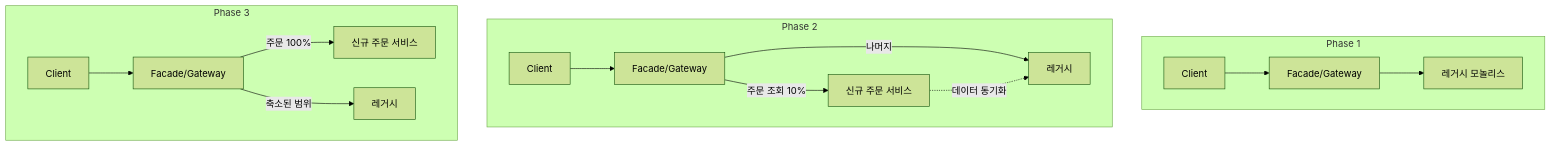
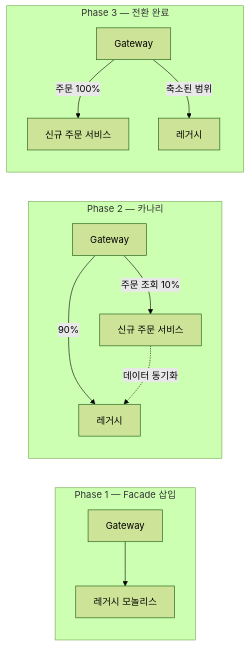
The fifth of 5 diagrams in MSA/17-modular-monolith-to-msa.md (ktae23/TIL), drawn with Mermaid (forest theme) before and after one commit. The commit also changed other lines of this file and 13 other files, not shown here.

````diff
--- a/MSA/17-modular-monolith-to-msa.md
+++ b/MSA/17-modular-monolith-to-msa.md
@@ -295,18 +256,15 @@
 ```mermaid
-flowchart TB
-    subgraph P1["Phase 1"]
-        C1[Client] --> F1[Facade/Gateway]
-        F1 --> L1[레거시 모놀리스]
+flowchart LR
+    subgraph P1["Phase 1 — Facade 삽입"]
+        F1[Gateway] --> L1[레거시 모놀리스]
     end
-    subgraph P2["Phase 2"]
-        C2[Client] --> F2[Facade/Gateway]
-        F2 -->|"주문 조회 10%"| N2[신규 주문 서비스]
-        F2 -->|"나머지"| L2[레거시]
+    subgraph P2["Phase 2 — 카나리"]
+        F2[Gateway] -->|"주문 조회 10%"| N2[신규 주문 서비스]
+        F2 -->|"90%"| L2[레거시]
         N2 -.->|"데이터 동기화"| L2
     end
-    subgraph P3["Phase 3"]
-        C3[Client] --> F3[Facade/Gateway]
-        F3 -->|"주문 100%"| N3[신규 주문 서비스]
+    subgraph P3["Phase 3 — 전환 완료"]
+        F3[Gateway] -->|"주문 100%"| N3[신규 주문 서비스]
         F3 -->|"축소된 범위"| L3[레거시]
     end
 ```
````
